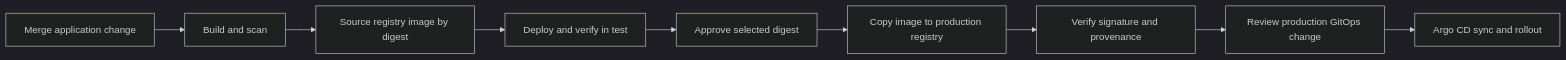
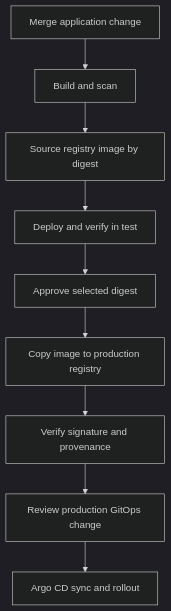
The first of 2 diagrams in docs/en/solutions/From_Commit_to_Production_on_ACP.md (alauda/knowledge), drawn with Mermaid (dark theme) before and after one commit. The commit also changed other lines of this file and 2 other files, not shown here.

````diff
--- a/docs/en/solutions/From_Commit_to_Production_on_ACP.md
+++ b/docs/en/solutions/From_Commit_to_Production_on_ACP.md
@@ -23,11 +62,11 @@
 ```mermaid
-flowchart LR
+flowchart TD
   Commit[Merge application change] --> CI[Build and scan]
   CI --> Source[Source registry image by digest]
   Source --> Test[Deploy and verify in test]
   Test --> Approve[Approve selected digest]
   Approve --> Copy[Copy image to production registry]
   Copy --> Sign[Verify signature and provenance]
   Sign --> MR[Review production GitOps change]
   MR --> Sync[Argo CD sync and rollout]
 ```
````
